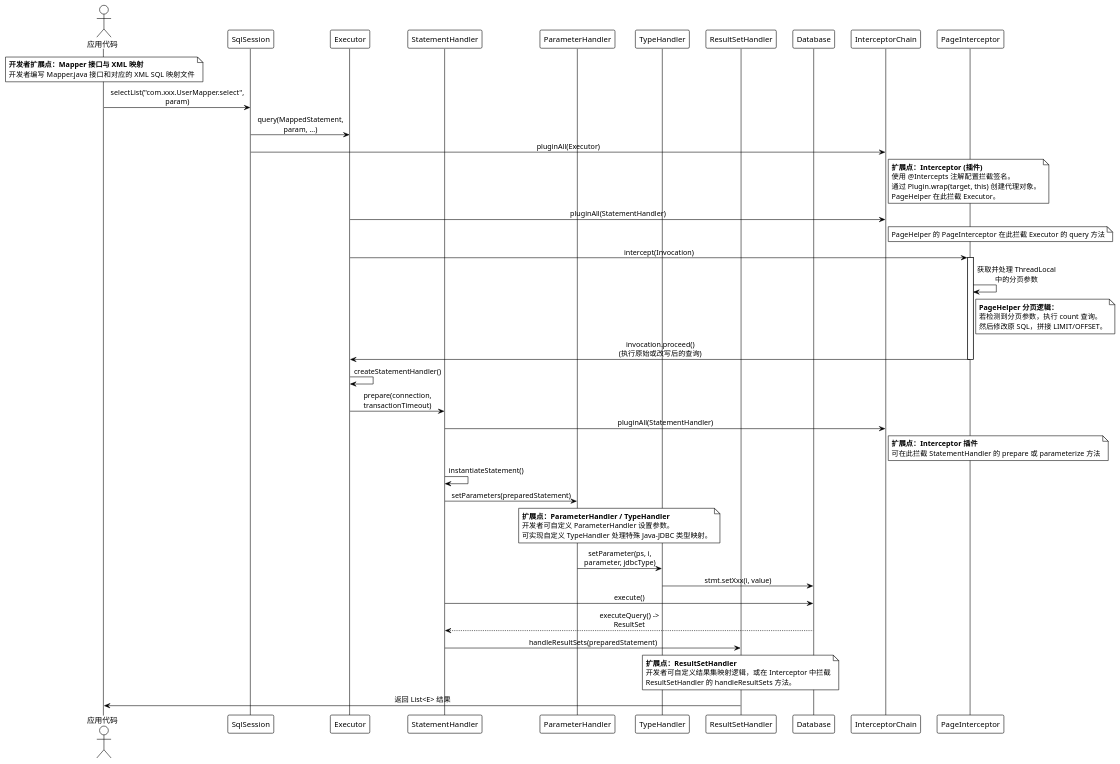
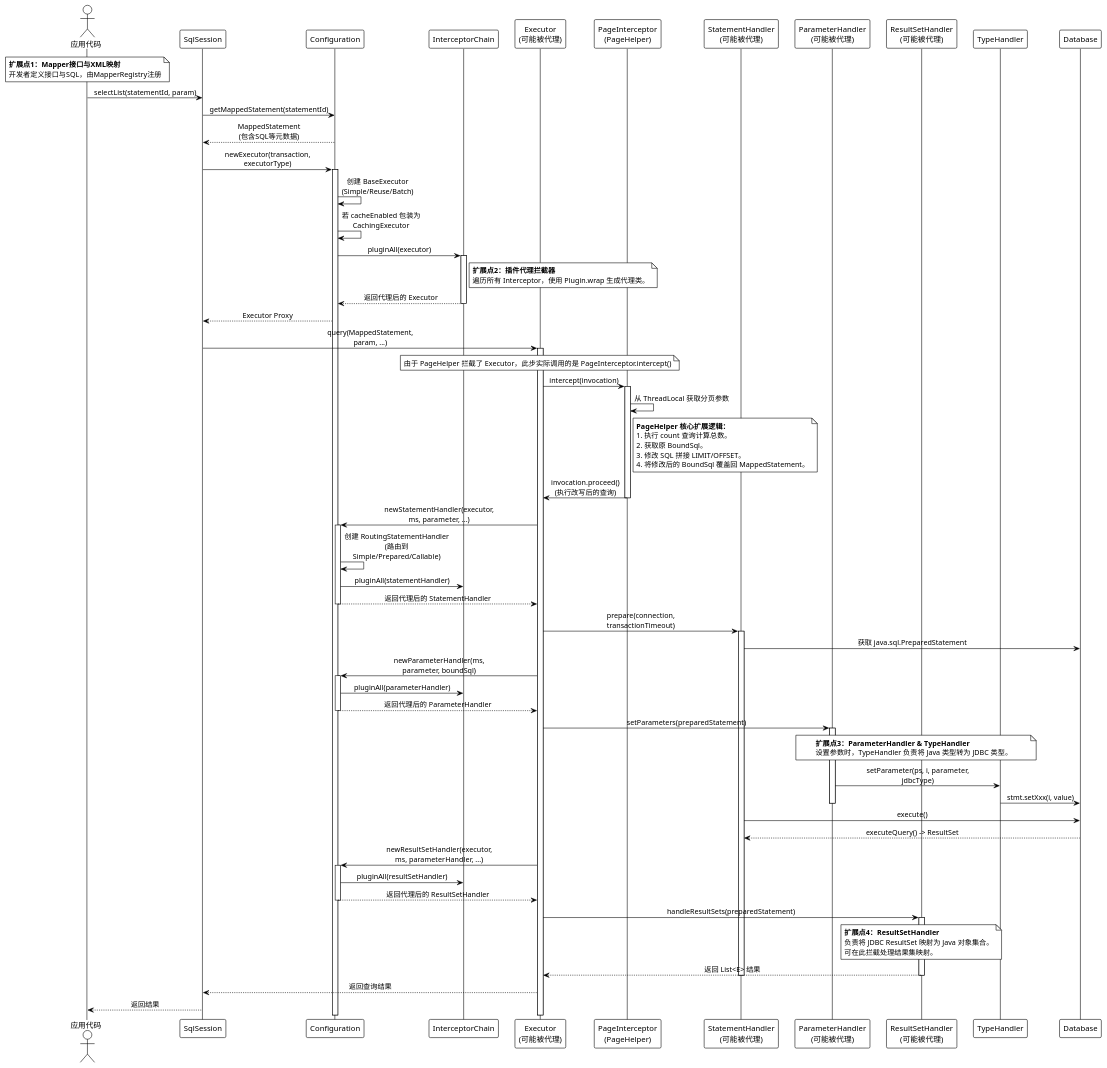
One commit to yangliu01076/learn changed the diagram in mybatis/mybatis的sql执行流程.puml. Above: the diagram before and after it, drawn with PlantUML.

Commit message:
好好学习，天天向上

```diff
--- a/mybatis/mybatis的sql执行流程.puml
+++ b/mybatis/mybatis的sql执行流程.puml
@@ -1,82 +1,113 @@
 @startuml
 !theme plain
-skinparam maxMessageSize 150
+skinparam maxMessageSize 200
 skinparam sequenceMessageAlign center
+skinparam responseMessageBelowArrow true
 
 actor "应用代码" as App
 participant "SqlSession" as SqlSession
-participant "Executor" as Executor
-participant "StatementHandler" as StmtHandler
-participant "ParameterHandler" as ParamHandler
+participant "Configuration" as Config
+participant "InterceptorChain" as Chain
+participant "Executor\n(可能被代理)" as Executor
+participant "PageInterceptor\n(PageHelper)" as PageHelper
+participant "StatementHandler\n(可能被代理)" as StmtHandler
+participant "ParameterHandler\n(可能被代理)" as ParamHandler
+participant "ResultSetHandler\n(可能被代理)" as RsHandler
 participant "TypeHandler" as TypeHandler
-participant "ResultSetHandler" as RsHandler
 participant "Database" as DB
-participant "InterceptorChain" as InterceptorChain
-participant "PageInterceptor" as PageHelper
 
 note over App
-  <b>开发者扩展点：Mapper 接口与 XML 映射</b>
-  开发者编写 Mapper.java 接口和对应的 XML SQL 映射文件
+  <b>扩展点1：Mapper接口与XML映射</b>
+  开发者定义接口与SQL，由MapperRegistry注册
 end note
 
-App -> SqlSession: selectList("com.xxx.UserMapper.select", param)
+App -> SqlSession: selectList(statementId, param)
+SqlSession -> Config: getMappedStatement(statementId)
+Config --> SqlSession: MappedStatement (包含SQL等元数据)
+
+SqlSession -> Config: newExecutor(transaction, executorType)
+activate Config
+Config -> Config: 创建 BaseExecutor (Simple/Reuse/Batch)
+Config -> Config: 若 cacheEnabled 包装为 CachingExecutor
+Config -> Chain: pluginAll(executor)
+activate Chain
+note right of Chain
+  <b>扩展点2：插件代理拦截器</b>
+  遍历所有 Interceptor，使用 Plugin.wrap 生成代理类。
+end note
+Chain --> Config: 返回代理后的 Executor
+deactivate Chain
+Config --> SqlSession: Executor Proxy
+
 SqlSession -> Executor: query(MappedStatement, param, ...)
-SqlSession -> InterceptorChain: pluginAll(Executor)
-note right of InterceptorChain
-  <b>扩展点：Interceptor (插件)</b>
-  使用 @Intercepts 注解配置拦截签名。
-  通过 Plugin.wrap(target, this) 创建代理对象。
-  PageHelper 在此拦截 Executor。
+activate Executor
+
+note over Executor
+  由于 PageHelper 拦截了 Executor，此步实际调用的是 PageInterceptor.intercept()
 end note
 
-Executor -> InterceptorChain: pluginAll(StatementHandler)
-note right of InterceptorChain
-  PageHelper 的 PageInterceptor 在此拦截 Executor 的 query 方法
+Executor -> PageHelper: intercept(invocation)
+activate PageHelper
+PageHelper -> PageHelper: 从 ThreadLocal 获取分页参数
+note right of PageHelper
+  <b>PageHelper 核心扩展逻辑：</b>
+  1. 执行 count 查询计算总数。
+  2. 获取原 BoundSql。
+  3. 修改 SQL 拼接 LIMIT/OFFSET。
+  4. 将修改后的 BoundSql 覆盖回 MappedStatement。
 end note
 
-Executor -> PageHelper: intercept(Invocation)
-activate PageHelper
-
-PageHelper -> PageHelper: 获取并处理 ThreadLocal 中的分页参数
-note right of PageHelper
-  <b>PageHelper 分页逻辑：</b>
-  若检测到分页参数，执行 count 查询。
-  然后修改原 SQL，拼接 LIMIT/OFFSET。
-end note
-
-PageHelper -> Executor: invocation.proceed() (执行原始或改写后的查询)
+PageHelper -> Executor: invocation.proceed() (执行改写后的查询)
 deactivate PageHelper
 
-Executor -> Executor: createStatementHandler()
+Executor -> Config: newStatementHandler(executor, ms, parameter, ...)
+activate Config
+Config -> Config: 创建 RoutingStatementHandler (路由到 Simple/Prepared/Callable)
+Config -> Chain: pluginAll(statementHandler)
+Config --> Executor: 返回代理后的 StatementHandler
+deactivate Config
+
 Executor -> StmtHandler: prepare(connection, transactionTimeout)
+activate StmtHandler
+StmtHandler -> DB: 获取 java.sql.PreparedStatement
 
-StmtHandler -> InterceptorChain: pluginAll(StatementHandler)
-note right of InterceptorChain
-  <b>扩展点：Interceptor 插件</b>
-  可在此拦截 StatementHandler 的 prepare 或 parameterize 方法
+Executor -> Config: newParameterHandler(ms, parameter, boundSql)
+activate Config
+Config -> Chain: pluginAll(parameterHandler)
+Config --> Executor: 返回代理后的 ParameterHandler
+deactivate Config
+
+Executor -> ParamHandler: setParameters(preparedStatement)
+activate ParamHandler
+note over ParamHandler, TypeHandler
+  <b>扩展点3：ParameterHandler & TypeHandler</b>
+  设置参数时，TypeHandler 负责将 Java 类型转为 JDBC 类型。
 end note
-
-StmtHandler -> StmtHandler: instantiateStatement()
-StmtHandler -> ParamHandler: setParameters(preparedStatement)
-note over ParamHandler, TypeHandler
-  <b>扩展点：ParameterHandler / TypeHandler</b>
-  开发者可自定义 ParameterHandler 设置参数。
-  可实现自定义 TypeHandler 处理特殊 Java-JDBC 类型映射。
-end note
-
 ParamHandler -> TypeHandler: setParameter(ps, i, parameter, jdbcType)
 TypeHandler -> DB: stmt.setXxx(i, value)
+deactivate ParamHandler
 
 StmtHandler -> DB: execute()
+DB --> StmtHandler: executeQuery() -> ResultSet
 
-DB --> StmtHandler: executeQuery() -> ResultSet
-StmtHandler -> RsHandler: handleResultSets(preparedStatement)
+Executor -> Config: newResultSetHandler(executor, ms, parameterHandler, ...)
+activate Config
+Config -> Chain: pluginAll(resultSetHandler)
+Config --> Executor: 返回代理后的 ResultSetHandler
+deactivate Config
+
+Executor -> RsHandler: handleResultSets(preparedStatement)
+activate RsHandler
 note over RsHandler
-  <b>扩展点：ResultSetHandler</b>
-  开发者可自定义结果集映射逻辑，或在 Interceptor 中拦截
-  ResultSetHandler 的 handleResultSets 方法。
+  <b>扩展点4：ResultSetHandler</b>
+  负责将 JDBC ResultSet 映射为 Java 对象集合。
+  可在此拦截处理结果集映射。
 end note
+RsHandler --> Executor: 返回 List<E> 结果
+deactivate RsHandler
+deactivate StmtHandler
 
-RsHandler -> App: 返回 List<E> 结果
+Executor --> SqlSession: 返回查询结果
+SqlSession --> App: 返回结果
 
 @enduml
```
